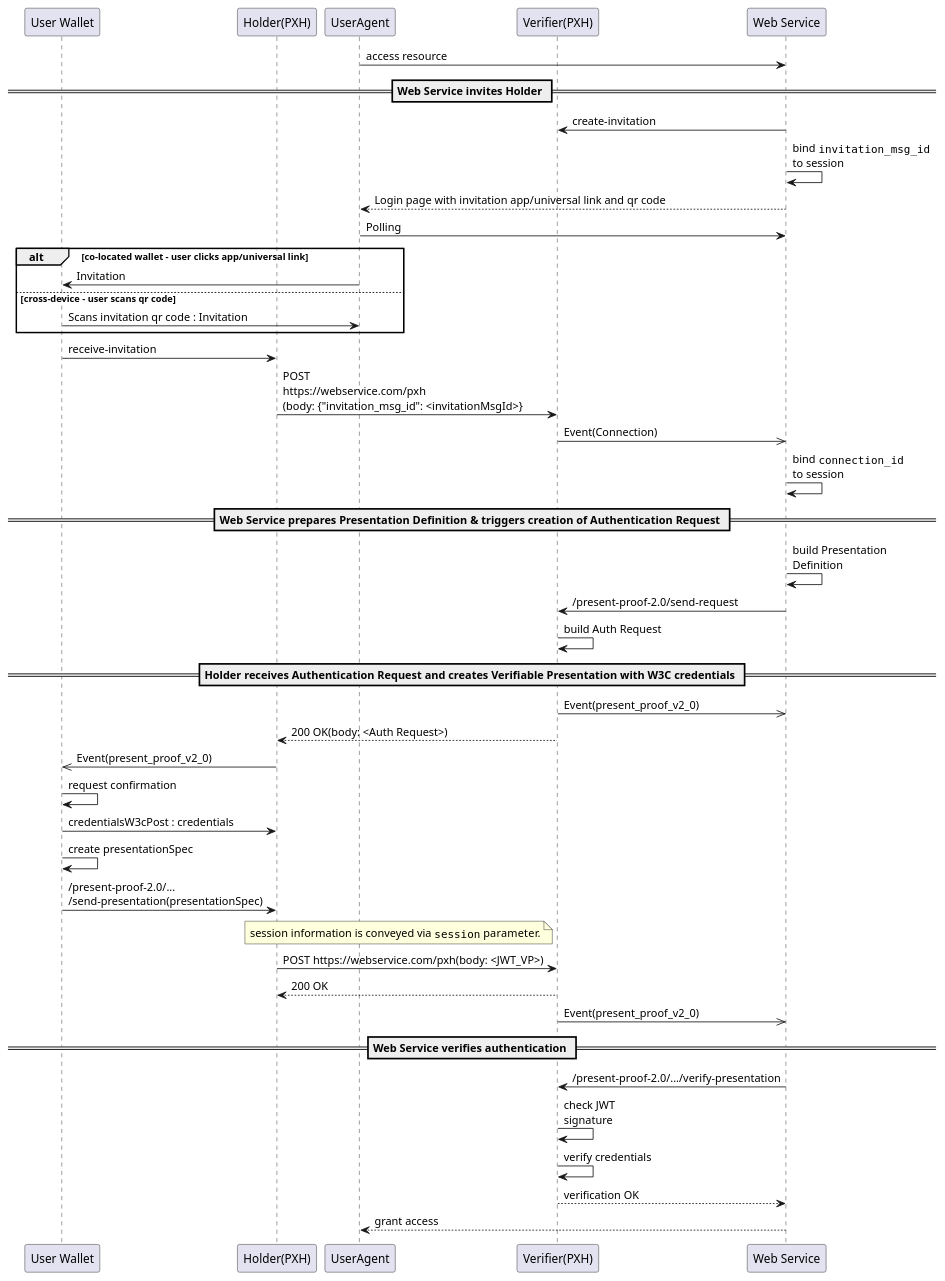
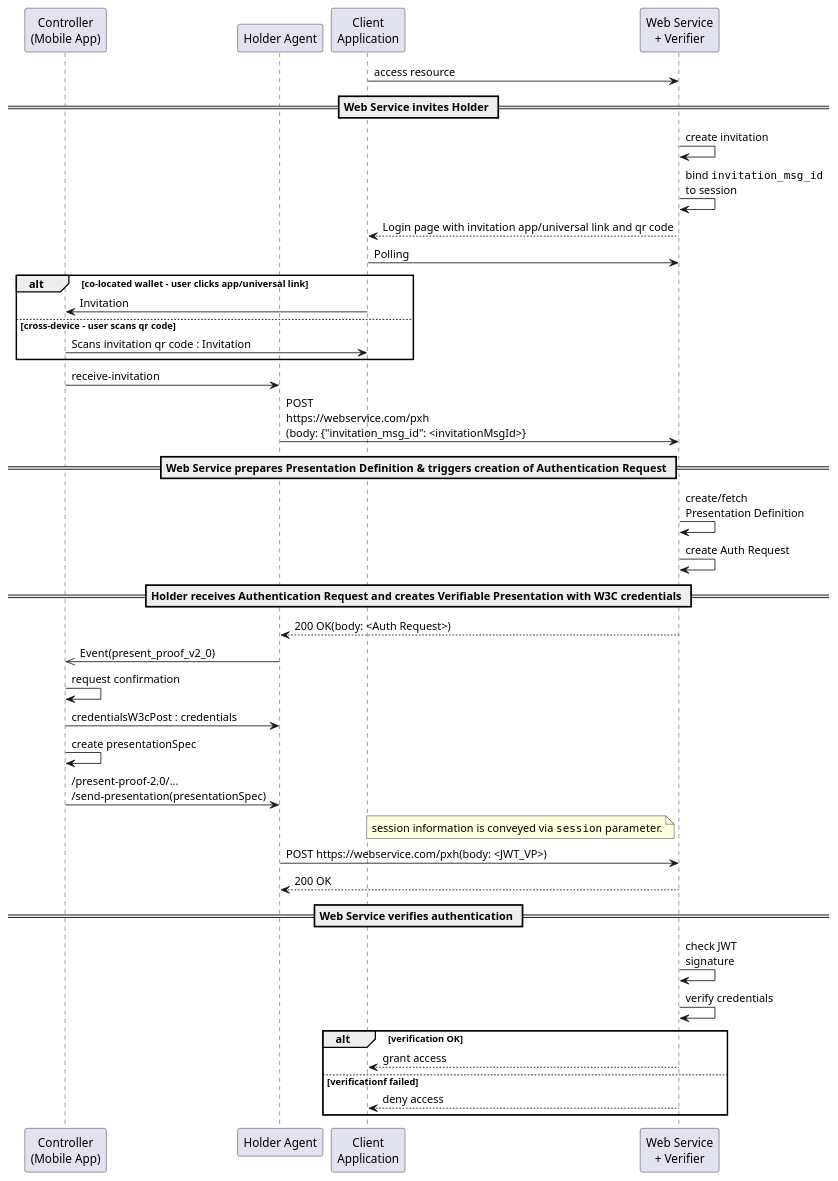
One commit to gematik/poc-fue-presentationExchangeOverHttp changed the diagram in README.adoc. Above: the diagram before and after it, drawn with PlantUML.

Commit message:
revised flow

```diff
--- a/README.adoc
+++ b/README.adoc
@@ -34,65 +34,62 @@
 [plantuml]
 ----
 @startuml
 'https://plantuml.com/sequence-diagram
 
 skinparam BoxPadding 10
 
-participant "User Wallet" as User
-participant "Holder(PXH)" as HolderAgent
-participant UserAgent
-participant "Verifier(PXH)" as VerifierAgent
-participant "Web Service" as webservice
+participant "Controller\n(Mobile App)" as controller
+participant "Holder Agent" as HolderAgent
+participant "Client\nApplication" as UserAgent
+participant "Web Service\n+ Verifier" as webservice
 
 
 UserAgent -> webservice : access resource
 
 == Web Service invites Holder ==
 
-webservice  -> VerifierAgent : create-invitation
-webservice  -> webservice    : bind ""invitation_msg_id""\nto session
-webservice --> UserAgent     : Login page with invitation app/universal link and qr code
-UserAgent   -> webservice    : Polling
+webservice  -> webservice : create invitation
+webservice  -> webservice : bind ""invitation_msg_id""\nto session
+webservice --> UserAgent  : Login page with invitation app/universal link and qr code
+UserAgent   -> webservice : Polling
 
 alt co-located wallet - user clicks app/universal link
-    UserAgent -> User : Invitation
+    UserAgent -> controller : Invitation
 else cross-device - user scans qr code
-    User -> UserAgent : Scans invitation qr code : Invitation
+    controller -> UserAgent : Scans invitation qr code : Invitation
 end
 
-User           -> HolderAgent   : receive-invitation
-HolderAgent    -> VerifierAgent : POST\nhttps://webservice.com/pxh\n(body: {"invitation_msg_id": <invitationMsgId>}
-VerifierAgent ->> webservice    : Event(Connection)
-webservice     -> webservice    : bind ""connection_id""\nto session
+controller           -> HolderAgent : receive-invitation
+HolderAgent    -> webservice  : POST\nhttps://webservice.com/pxh\n(body: {"invitation_msg_id": <invitationMsgId>}
 
 == Web Service prepares Presentation Definition & triggers creation of Authentication Request ==
 
-webservice    -> webservice    : build Presentation\nDefinition
-webservice    -> VerifierAgent : /present-proof-2.0/send-request
-VerifierAgent -> VerifierAgent : build Auth Request
+webservice -> webservice : create/fetch\nPresentation Definition
+webservice -> webservice : create Auth Request
 
 == Holder receives Authentication Request and creates Verifiable Presentation with W3C credentials ==
 
-VerifierAgent ->> webservice    : Event(present_proof_v2_0)
-HolderAgent   <-- VerifierAgent : 200 OK(body: <Auth Request>)
-HolderAgent   ->> User          : Event(present_proof_v2_0)
-User           -> User          : request confirmation
-User           -> HolderAgent   : credentialsW3cPost : credentials
-User           -> User          : create presentationSpec
-User           -> HolderAgent   : /present-proof-2.0/...\n/send-presentation(presentationSpec)
-note left of VerifierAgent : session information is conveyed via ""session"" parameter.
+HolderAgent   <-- webservice  : 200 OK(body: <Auth Request>)
+HolderAgent   ->> controller        : Event(present_proof_v2_0)
+controller           -> controller        : request confirmation
+controller           -> HolderAgent : credentialsW3cPost : credentials
+controller           -> controller        : create presentationSpec
+controller           -> HolderAgent : /present-proof-2.0/...\n/send-presentation(presentationSpec)
+note left of webservice : session information is conveyed via ""session"" parameter.
 
-HolderAgent   ->  VerifierAgent : POST https://webservice.com/pxh(body: <JWT_VP>)
-HolderAgent   <-- VerifierAgent : 200 OK
-VerifierAgent ->> webservice    : Event(present_proof_v2_0)
+HolderAgent   ->  webservice : POST https://webservice.com/pxh(body: <JWT_VP>)
+HolderAgent   <-- webservice : 200 OK
 
 == Web Service verifies authentication ==
 
-webservice     -> VerifierAgent : /present-proof-2.0/.../verify-presentation
-VerifierAgent  -> VerifierAgent : check JWT\nsignature
-VerifierAgent  -> VerifierAgent : verify credentials
-webservice    <-- VerifierAgent : verification OK
-UserAgent     <-- webservice    : grant access
+webservice  -> webservice : check JWT\nsignature
+webservice  -> webservice : verify credentials
+
+alt verification OK
+    UserAgent     <-- webservice : grant access
+else verificationf failed
+    UserAgent     <-- webservice : deny access
+end
 
 @enduml
 ----
```
